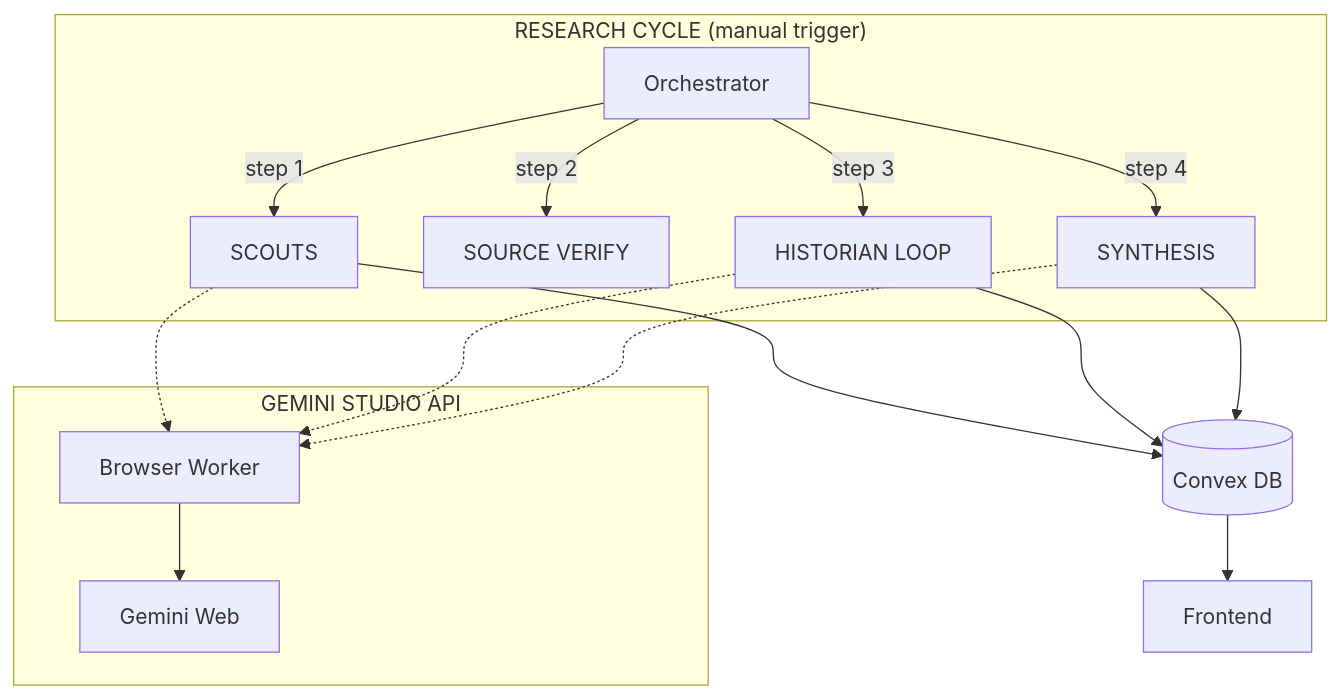
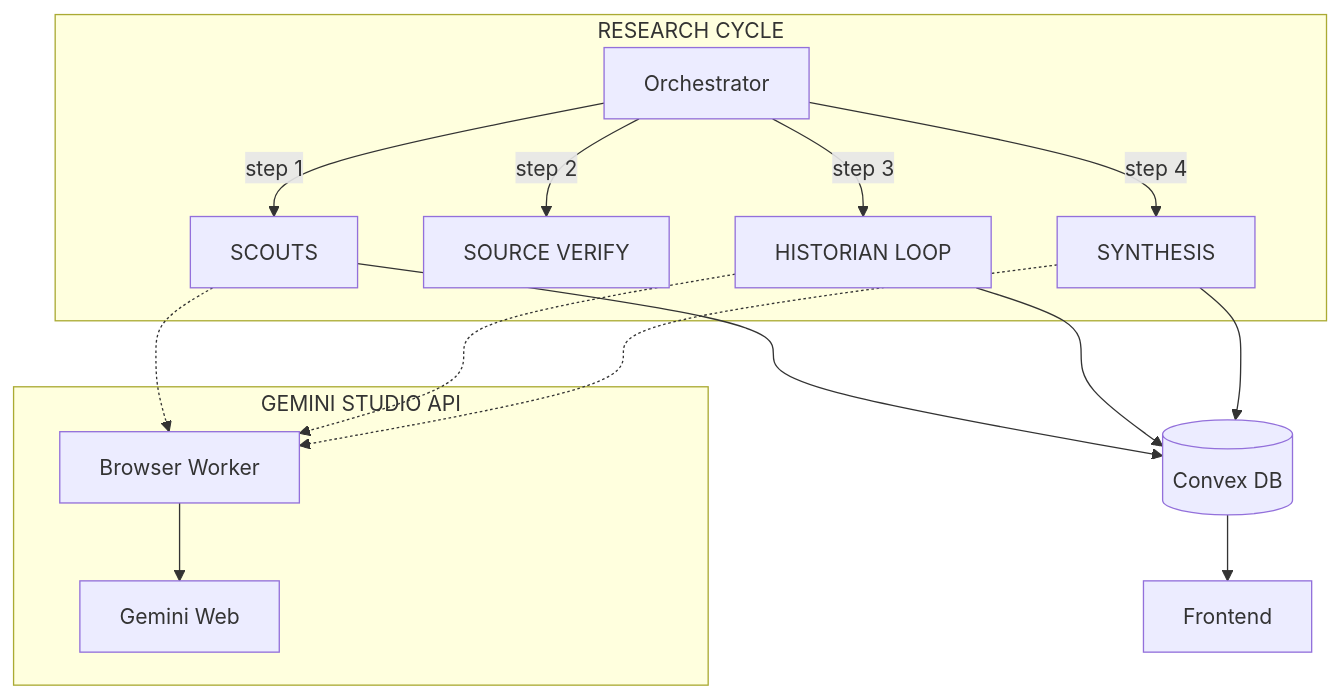
One commit to South-33/BorderClash changed the diagram in README.md. Above: the diagram before and after it, drawn with Mermaid. The commit also changed other lines of this file, not shown here.

````diff
--- a/README.md
+++ b/README.md
@@ -18,24 +30,24 @@
 ```mermaid
 graph TB
-    subgraph "RESEARCH CYCLE (manual trigger)"
+    subgraph "RESEARCH CYCLE"
         ORCH[Orchestrator]
         ORCH -->|step 1| S[SCOUTS]
         ORCH -->|step 2| V[SOURCE VERIFY]
         ORCH -->|step 3| H[HISTORIAN LOOP]
         ORCH -->|step 4| SY[SYNTHESIS]
     end
     
     subgraph "GEMINI STUDIO API"
         W1[Browser Worker]
         W1 --> GW[Gemini Web]
     end
     
     S -.-> W1
     H -.-> W1
     SY -.-> W1
     
     S --> DB[(Convex DB)]
     H --> DB
     SY --> DB
     DB --> FE[Frontend]
 ```
````
